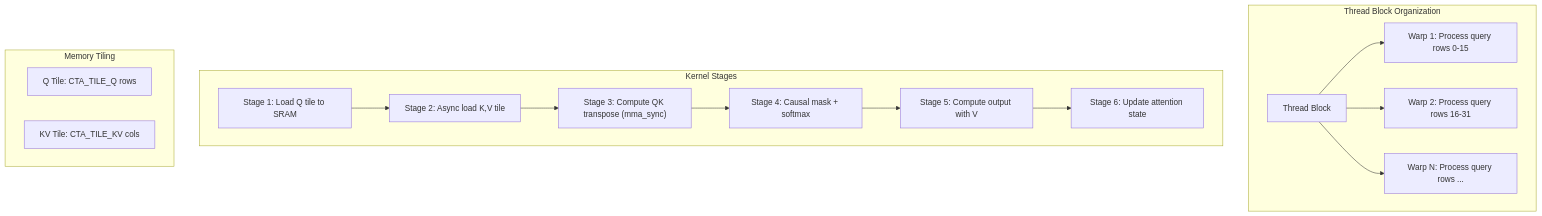
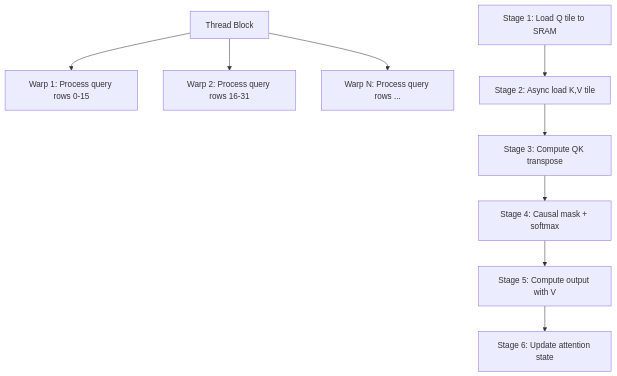
Before and after one commit to Shahriarin2garden/vllm_from_scratch: diagram 11 of 37 in lab0.2/README.md, drawn with Mermaid. The commit also changed other lines of this file, not shown here.

Commit message:
Refactor diagrams in README.md for improved clarity and consistency

````diff
--- a/lab0.2/README.md
+++ b/lab0.2/README.md
@@ -381,22 +341,12 @@
 ```mermaid
 graph TD
-    subgraph "Thread Block Organization"
-        TB["Thread Block"]
-        TB --> Warp1["Warp 1: Process query rows 0-15"]
-        TB --> Warp2["Warp 2: Process query rows 16-31"]
-        TB --> WarpN["Warp N: Process query rows ..."]
-    end
-    subgraph "Kernel Stages"
-        S1["Stage 1: Load Q tile to SRAM"]
-        S2["Stage 2: Async load K,V tile"]
-        S3["Stage 3: Compute QK transpose (mma_sync)"]
-        S4["Stage 4: Causal mask + softmax"]
-        S5["Stage 5: Compute output with V"]
-        S6["Stage 6: Update attention state"]
-        S1 --> S2 --> S3 --> S4 --> S5 --> S6
-    end
-    subgraph "Memory Tiling"
-        Qtile["Q Tile: CTA_TILE_Q rows"]
-        KVTILE["KV Tile: CTA_TILE_KV cols"]
-    end
+    TB[Thread Block] --> Warp1["Warp 1: Process query rows 0-15"]
+    TB --> Warp2["Warp 2: Process query rows 16-31"]
+    TB --> WarpN["Warp N: Process query rows ..."]
+    
+    S1["Stage 1: Load Q tile to SRAM"] --> S2["Stage 2: Async load K,V tile"]
+    S2 --> S3["Stage 3: Compute QK transpose"]
+    S3 --> S4["Stage 4: Causal mask + softmax"]
+    S4 --> S5["Stage 5: Compute output with V"]
+    S5 --> S6["Stage 6: Update attention state"]
 ```
````
